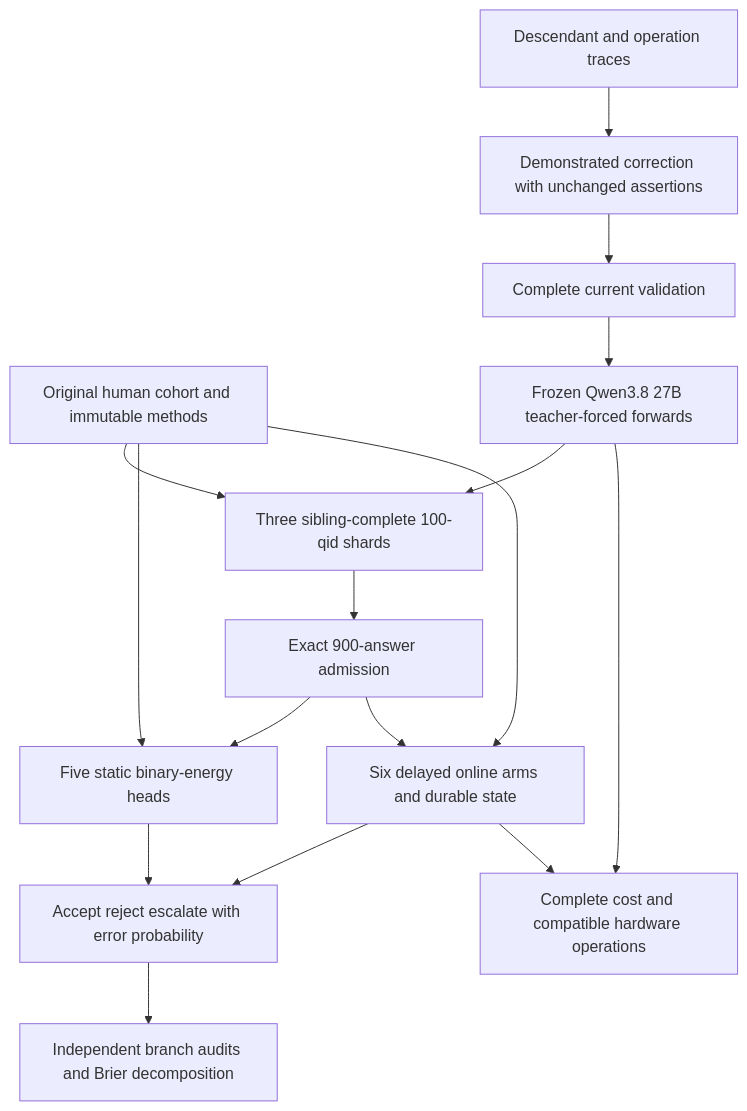
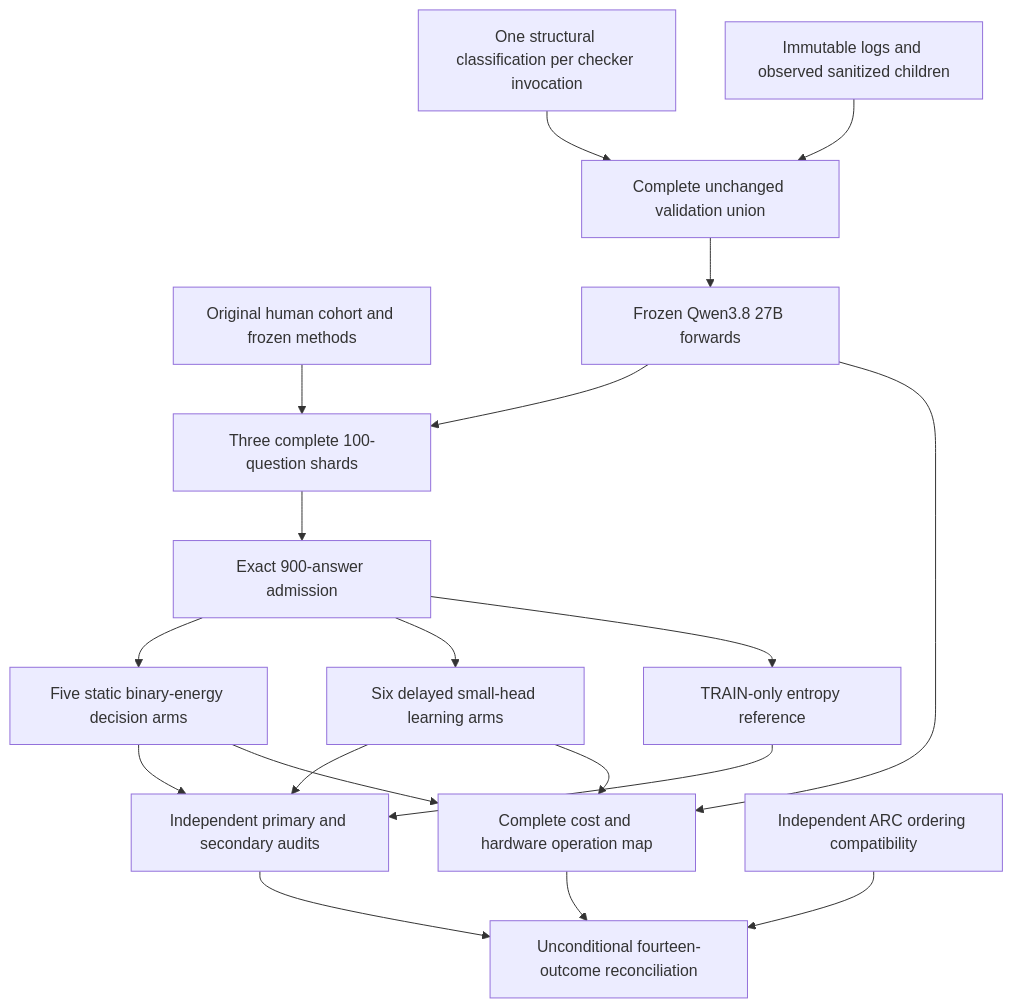
The first of 2 diagrams in openspec/change-proposals/research-roadmap-vNEXT.md (Carnot-EBM/carnot-ebm), drawn with Mermaid before and after one commit. The commit also changed other lines of this file and 19 other files, not shown here.

````diff
--- a/openspec/change-proposals/research-roadmap-vNEXT.md
+++ b/openspec/change-proposals/research-roadmap-vNEXT.md
@@ -87,24 +88,30 @@
 ```mermaid
 flowchart TD
-  C[Original human cohort and immutable methods]
-  T[Descendant and operation traces]
-  F[Demonstrated correction with unchanged assertions]
-  V[Complete current validation]
-  Q[Frozen Qwen3.8 27B teacher-forced forwards]
-  X[Three sibling-complete 100-qid shards]
+  C[Original human cohort and frozen methods]
+  R[One structural classification per checker invocation]
+  T[Immutable logs and observed sanitized children]
+  V[Complete unchanged validation union]
+  Q[Frozen Qwen3.8 27B forwards]
+  X[Three complete 100-question shards]
   J[Exact 900-answer admission]
-  S[Five static binary-energy heads]
-  L[Six delayed online arms and durable state]
-  D[Accept reject escalate with error probability]
-  A[Independent branch audits and Brier decomposition]
-  K[Complete cost and compatible hardware operations]
-  T --> F --> V --> Q --> X --> J
+  S[Five static binary-energy decision arms]
+  L[Six delayed small-head learning arms]
+  E[TRAIN-only entropy reference]
+  A[Independent primary and secondary audits]
+  K[Complete cost and hardware operation map]
+  P[Independent ARC ordering compatibility]
+  Z[Unconditional fourteen-outcome reconciliation]
+  R --> V
+  T --> V
+  V --> Q --> X --> J
   C --> X
-  C --> S
-  C --> L
-  J --> S --> D
-  J --> L --> D
-  D --> A
+  J --> S --> A
+  J --> L --> A
+  J --> E --> A
   Q --> K
+  S --> K
   L --> K
+  A --> Z
+  K --> Z
+  P --> Z
 ```
````
